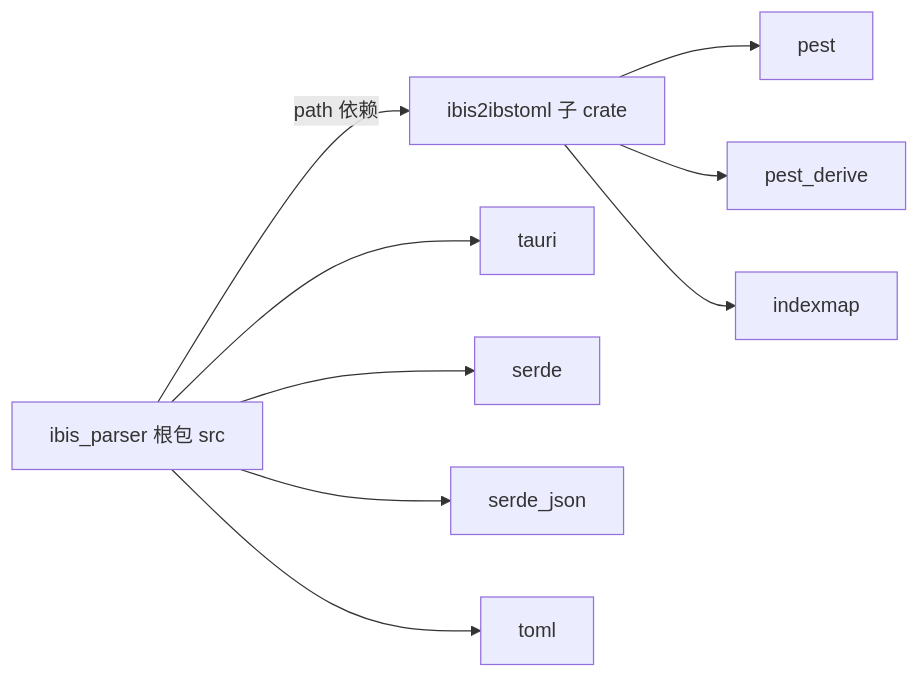
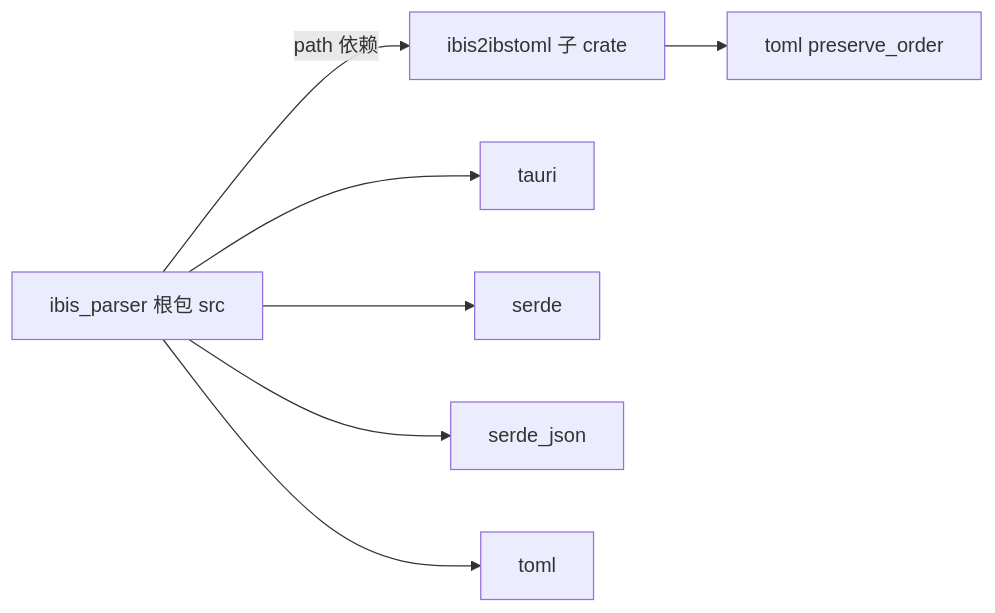
One commit to ykjoe/IBIS_Parser changed the second of 6 diagrams in plans/ibis2ibstoml_architecture.md. Above: the diagram before and after it, drawn with Mermaid. The commit also changed other lines of this file and 32 other files, not shown here.

Commit message:
optimize frontend design, discard using pest, use a toml schema

````diff
--- a/plans/ibis2ibstoml_architecture.md
+++ b/plans/ibis2ibstoml_architecture.md
@@ -99,11 +95,9 @@
 ```mermaid
 graph LR
     ROOT[ibis_parser 根包 src] -->|path 依赖| C2T[ibis2ibstoml 子 crate]
-    C2T --> P[pest]
-    C2T --> PD[pest_derive]
-    C2T --> IM[indexmap]
+    C2T --> TM[toml preserve_order]
     ROOT --> T[tauri]
     ROOT --> S[serde]
     ROOT --> SJ[serde_json]
-    ROOT --> TM[toml]
+    ROOT --> TM2[toml]
 ```
````
